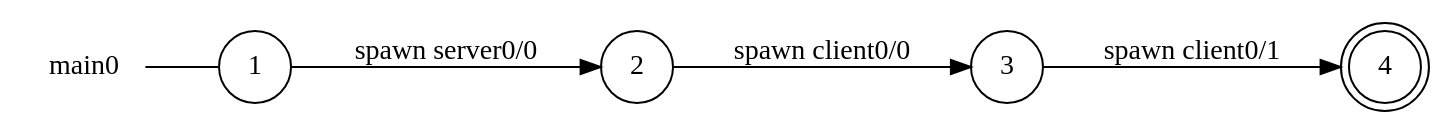
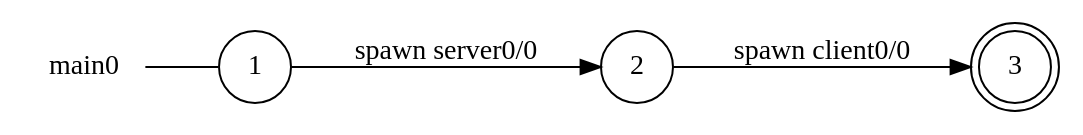
One commit to gabrielegenovese/chorer changed the diagram in examples/serverclient/main0_local_view.dot. Above: the diagram before and after it, drawn with Graphviz. The commit also changed 63 other files, not shown here.

```diff
--- a/examples/serverclient/main0_local_view.dot
+++ b/examples/serverclient/main0_local_view.dot
@@ -1,13 +1,11 @@
 digraph main0 {
 	rankdir="LR";
 	n_0 [label="main0", shape="plaintext"];
 	n_1 [id="1", shape=circle, label="1"];
 	n_0 -> n_1 [arrowhead=none];
 	n_2 [id="2", shape=circle, label="2"];
-	n_3 [id="4", shape=circle, label="3"];
-	n_4 [id="3", shape=doublecircle, label="4"];
+	n_3 [id="3", shape=doublecircle, label="3"];
 
-	n_3 -> n_4 [id="[$e|1]", label="spawn client0/1"];
+	n_2 -> n_3 [id="[$e|1]", label="spawn client0/0"];
 	n_1 -> n_2 [id="[$e|0]", label="spawn server0/0"];
-	n_2 -> n_3 [id="[$e|2]", label="spawn client0/0"];
 }
```
